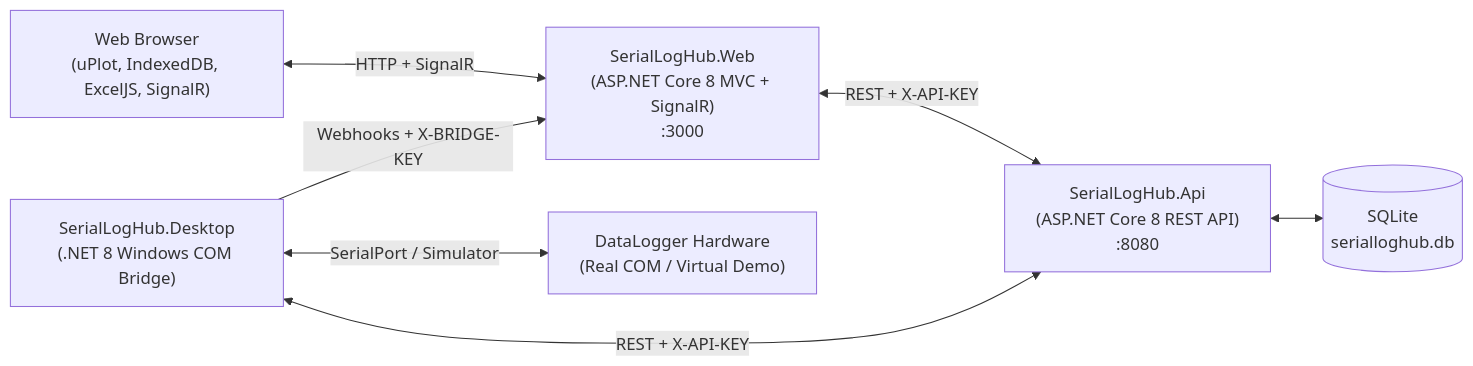
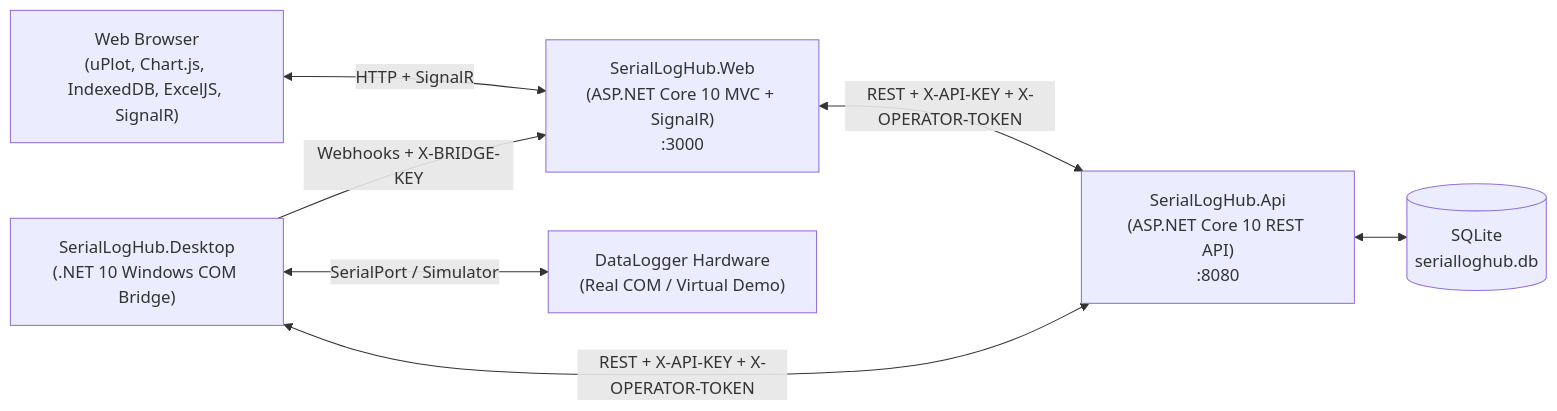
The diagram in README.md (Abuluc/seriallog-hub), drawn with Mermaid before and after one commit. The commit also changed other lines of this file and 21 other files, not shown here.

Commit message:
fix: resolve User Not Found demo login, migrate DbSeeder to EF Core 10 MigrateAsync, enforce O(1) indexed ApiKeys lookup without wildcard keys, separate WebProxySigningSecret from ApiKey, and use discrete chunked telemetry deduplication

````diff
--- a/README.md
+++ b/README.md
@@ -37,16 +37,16 @@
 ```mermaid
 flowchart LR
-    Browser["Web Browser\n(uPlot, IndexedDB, ExcelJS, SignalR)"]
-    Web["SerialLogHub.Web\n(ASP.NET Core 8 MVC + SignalR)\n:3000"]
-    API["SerialLogHub.Api\n(ASP.NET Core 8 REST API)\n:8080"]
+    Browser["Web Browser\n(uPlot, Chart.js, IndexedDB, ExcelJS, SignalR)"]
+    Web["SerialLogHub.Web\n(ASP.NET Core 10 MVC + SignalR)\n:3000"]
+    API["SerialLogHub.Api\n(ASP.NET Core 10 REST API)\n:8080"]
     DB[("SQLite\nserialloghub.db")]
-    Desktop["SerialLogHub.Desktop\n(.NET 8 Windows COM Bridge)"]
+    Desktop["SerialLogHub.Desktop\n(.NET 10 Windows COM Bridge)"]
     Device["DataLogger Hardware\n(Real COM / Virtual Demo)"]
 
     Browser <-->|"HTTP + SignalR"| Web
-    Web <-->|"REST + X-API-KEY"| API
+    Web <-->|"REST + X-API-KEY + X-OPERATOR-TOKEN"| API
     API <--> DB
-    Desktop <-->|"REST + X-API-KEY"| API
+    Desktop <-->|"REST + X-API-KEY + X-OPERATOR-TOKEN"| API
     Desktop -->|"Webhooks + X-BRIDGE-KEY"| Web
     Desktop <-->|"SerialPort / Simulator"| Device
 ```
````
